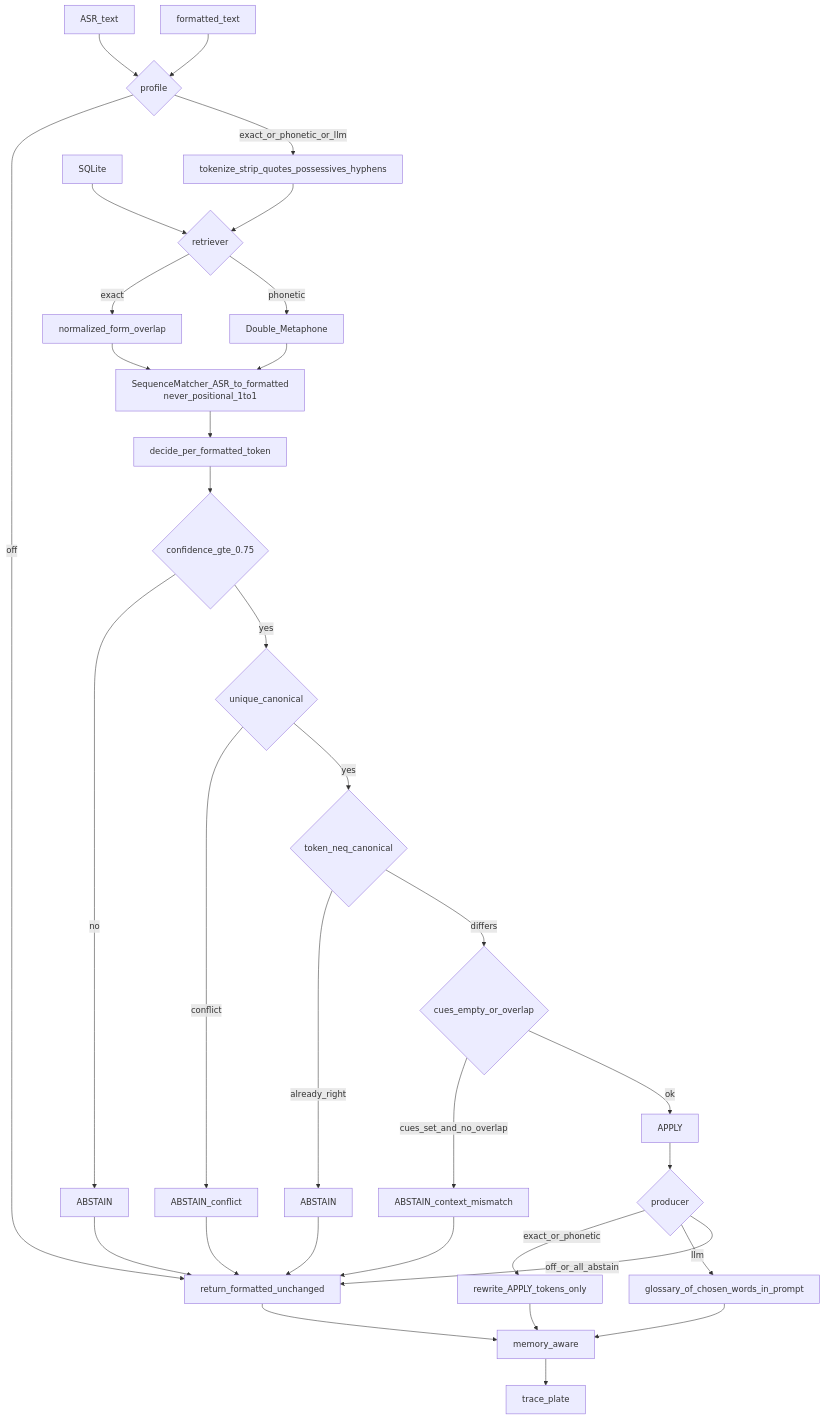
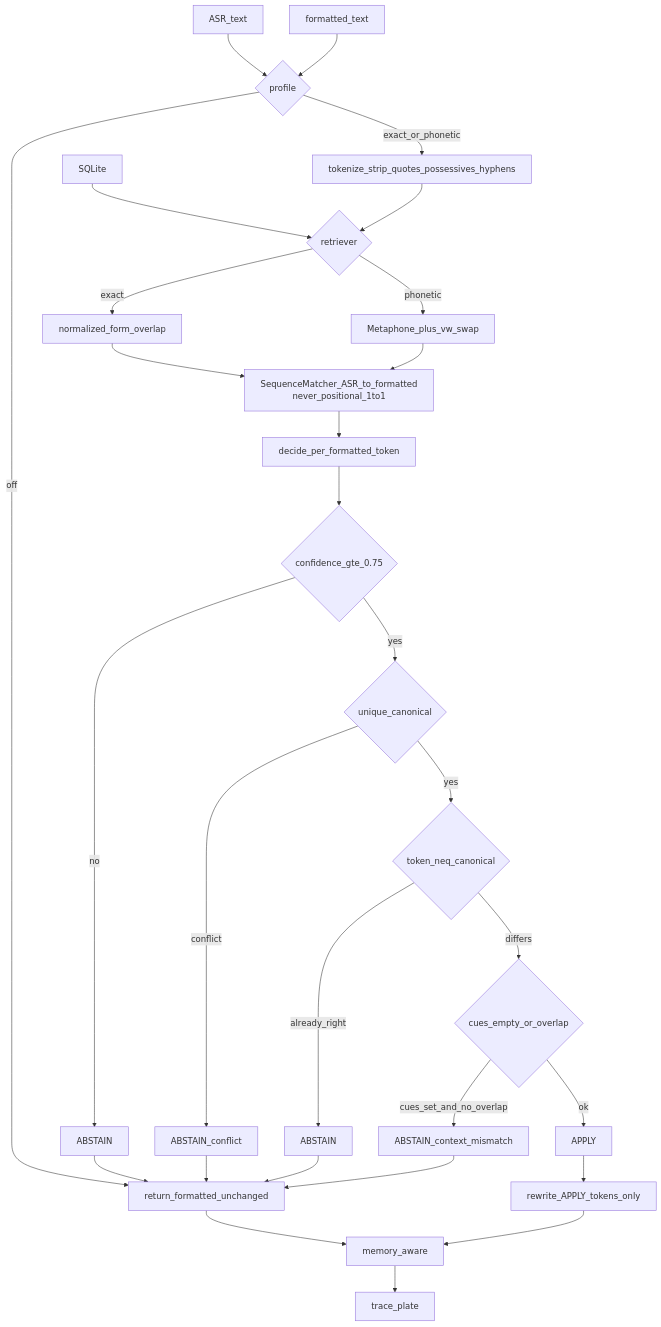
Before and after one commit to Akshit11318/kivi-memory-backend-akshit: the fifth of 9 diagrams in README.md, drawn with Mermaid. The commit also changed other lines of this file and 39 other files, not shown here.

````diff
--- a/README.md
+++ b/README.md
@@ -122,36 +150,32 @@
 ```mermaid
 flowchart TB
   ASR[ASR_text] --> Gate{profile}
   FMT[formatted_text] --> Gate
   Gate -->|off| Pass[return_formatted_unchanged]
-  Gate -->|exact_or_phonetic_or_llm| Tok[tokenize_strip_quotes_possessives_hyphens]
+  Gate -->|exact_or_phonetic| Tok[tokenize_strip_quotes_possessives_hyphens]
   Tok --> Ret{retriever}
   Store[SQLite] --> Ret
   Ret -->|exact| Exact[normalized_form_overlap]
-  Ret -->|phonetic| Phon[Double_Metaphone]
+  Ret -->|phonetic| Phon[Metaphone_plus_vw_swap]
   Exact --> Align
   Phon --> Align
   Align[SequenceMatcher_ASR_to_formatted\nnever_positional_1to1]
   Align --> Dec[decide_per_formatted_token]
   Dec --> T1{confidence_gte_0.75}
   T1 -->|no| Abs1[ABSTAIN]
   T1 -->|yes| T2{unique_canonical}
   T2 -->|conflict| Abs2[ABSTAIN_conflict]
   T2 -->|yes| T3{token_neq_canonical}
   T3 -->|already_right| Abs3[ABSTAIN]
   T3 -->|differs| T4{cues_empty_or_overlap}
   T4 -->|cues_set_and_no_overlap| Abs4[ABSTAIN_context_mismatch]
   T4 -->|ok| Apply[APPLY]
-  Apply --> Prod{producer}
+  Apply --> Rew[rewrite_APPLY_tokens_only]
   Abs1 --> Pass
   Abs2 --> Pass
   Abs3 --> Pass
   Abs4 --> Pass
-  Prod -->|exact_or_phonetic| Rew[rewrite_APPLY_tokens_only]
-  Prod -->|llm| LLM[glossary_of_chosen_words_in_prompt]
-  Prod -->|off_or_all_abstain| Pass
   Rew --> Third[memory_aware]
-  LLM --> Third
   Pass --> Third
   Third --> Trace[trace_plate]
 ```
````
